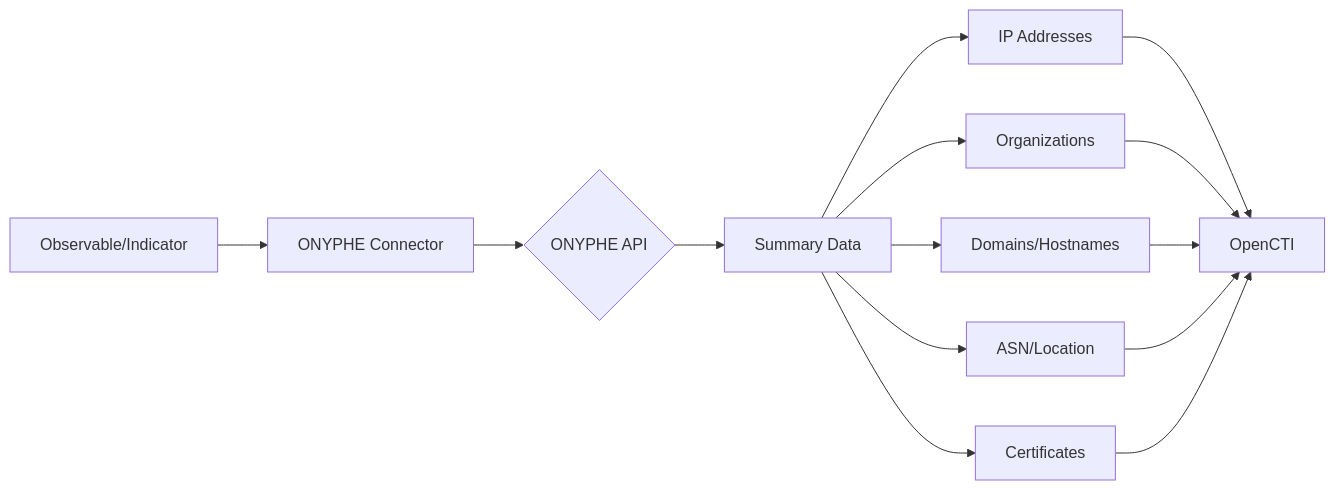
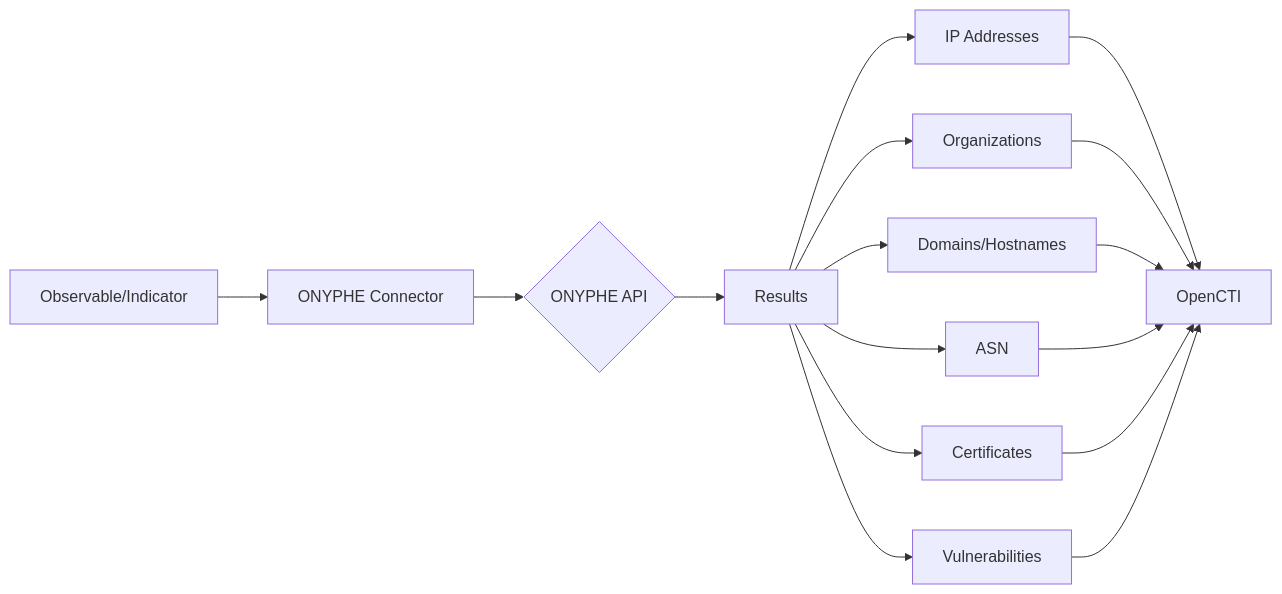
One commit to OpenCTI-Platform/connectors changed the diagram in internal-enrichment/onyphe/README.md. Above: the diagram before and after it, drawn with Mermaid. The commit also changed other lines of this file and 7 other files, not shown here.

````diff
--- a/internal-enrichment/onyphe/README.md
+++ b/internal-enrichment/onyphe/README.md
@@ -148,16 +232,18 @@
 ```mermaid
 flowchart LR
     A[Observable/Indicator] --> B[ONYPHE Connector]
     B --> C{ONYPHE API}
-    C --> D[Summary Data]
+    C --> D[Results]
     D --> E[IP Addresses]
     D --> F[Organizations]
     D --> G[Domains/Hostnames]
-    D --> H[ASN/Location]
+    D --> H[ASN]
     D --> I[Certificates]
-    E --> J[OpenCTI]
-    F --> J
-    G --> J
-    H --> J
-    I --> J
+    D --> J[Vulnerabilities]
+    E --> K[OpenCTI]
+    F --> K
+    G --> K
+    H --> K
+    I --> K
+    J --> K
 ```
````
